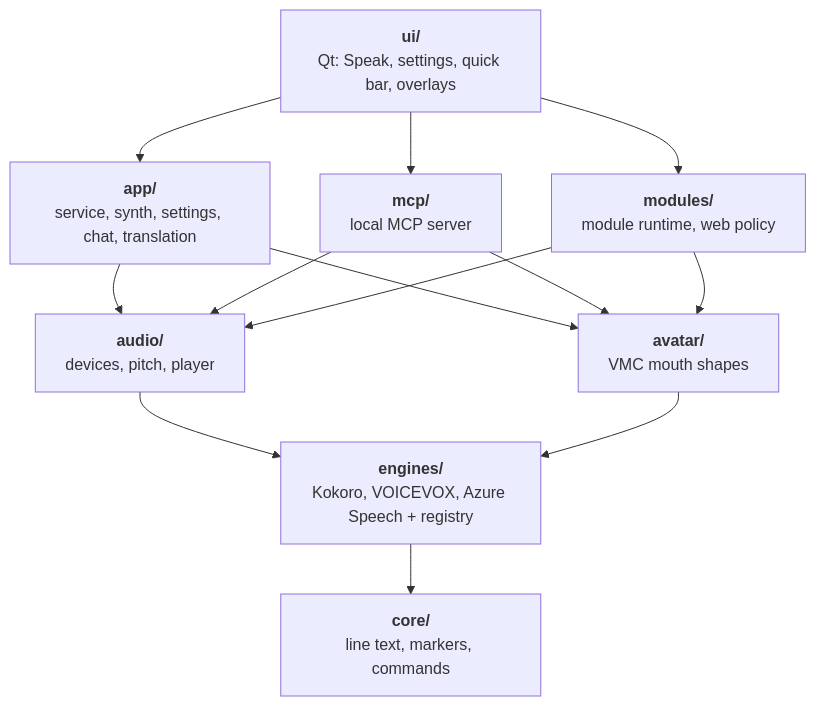
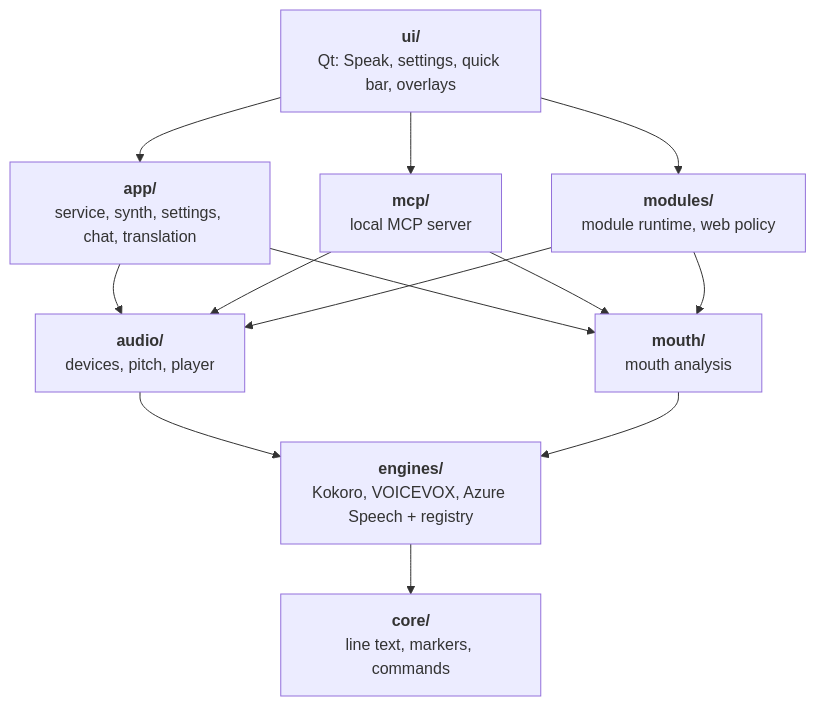
One commit to miramocha/MiraSpeak-docs changed the diagram in architecture/overview.md. Above: the diagram before and after it, drawn with Mermaid. The commit also changed other lines of this file and 4 other files, not shown here.

Commit message:
Docs: Avatar (VMC) is now a bundled module

````diff
--- a/architecture/overview.md
+++ b/architecture/overview.md
@@ -7,16 +7,16 @@
 ```mermaid
 flowchart TD
     ui["<b>ui/</b><br/>Qt: Speak, settings, quick bar, overlays"]
     app["<b>app/</b><br/>service, synth, settings, chat, translation"]
     mcp["<b>mcp/</b><br/>local MCP server"]
     modules["<b>modules/</b><br/>module runtime, web policy"]
     audio["<b>audio/</b><br/>devices, pitch, player"]
-    avatar["<b>avatar/</b><br/>VMC mouth shapes"]
+    mouth["<b>mouth/</b><br/>mouth analysis"]
     engines["<b>engines/</b><br/>Kokoro, VOICEVOX, Azure Speech + registry"]
     core["<b>core/</b><br/>line text, markers, commands"]
 
     ui --> app & mcp & modules
-    app & mcp & modules --> audio & avatar
-    audio & avatar --> engines
+    app & mcp & modules --> audio & mouth
+    audio & mouth --> engines
     engines --> core
 ```
````
